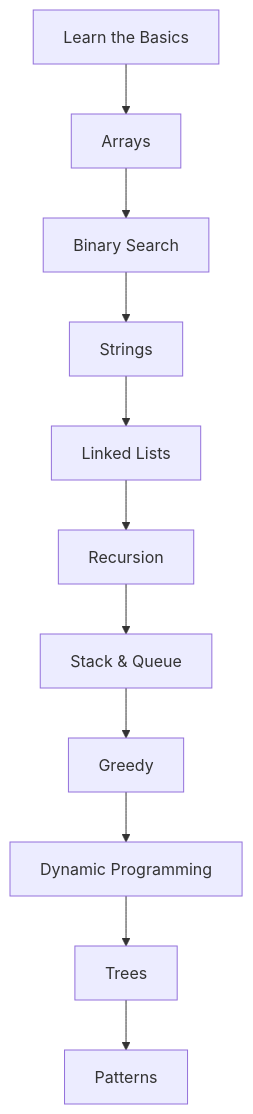
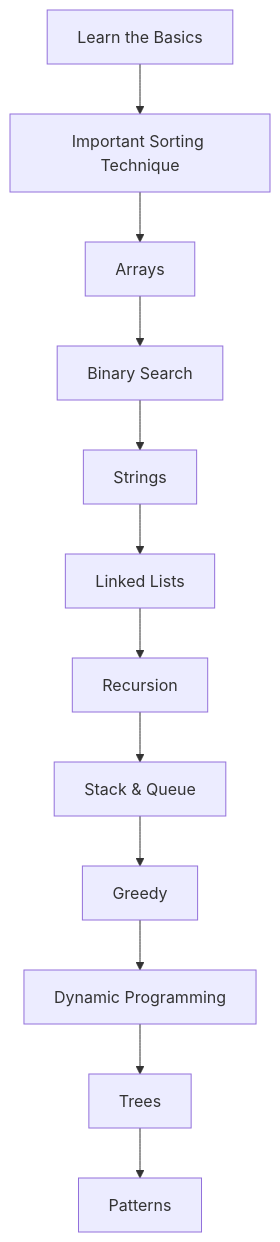
One commit to Chandrasish-Bhattacharya/Striver-DSA changed the diagram in README.md. Above: the diagram before and after it, drawn with Mermaid.

Commit message:
Update visual roadmap in README.md

````diff
--- a/README.md
+++ b/README.md
@@ -27,13 +27,14 @@
 ```mermaid
 graph TD;
-    A[Learn the Basics] --> B[Arrays]
-    B --> C[Binary Search]
-    C --> D[Strings]
-    D --> E[Linked Lists]
-    E --> F[Recursion]
-    F --> G[Stack & Queue]
-    G --> H[Greedy]
-    H --> I[Dynamic Programming]
-    I --> J[Trees]
-    J --> K[Patterns]
+    A[Learn the Basics] --> B[Important Sorting Technique]
+    B --> C[Arrays]
+    C --> D[Binary Search]
+    D --> E[Strings]
+    E --> F[Linked Lists]
+    F --> G[Recursion]
+    G --> H[Stack & Queue]
+    H --> I[Greedy]
+    I --> J[Dynamic Programming]
+    J --> K[Trees]
+    K --> L[Patterns]
 ```
````
